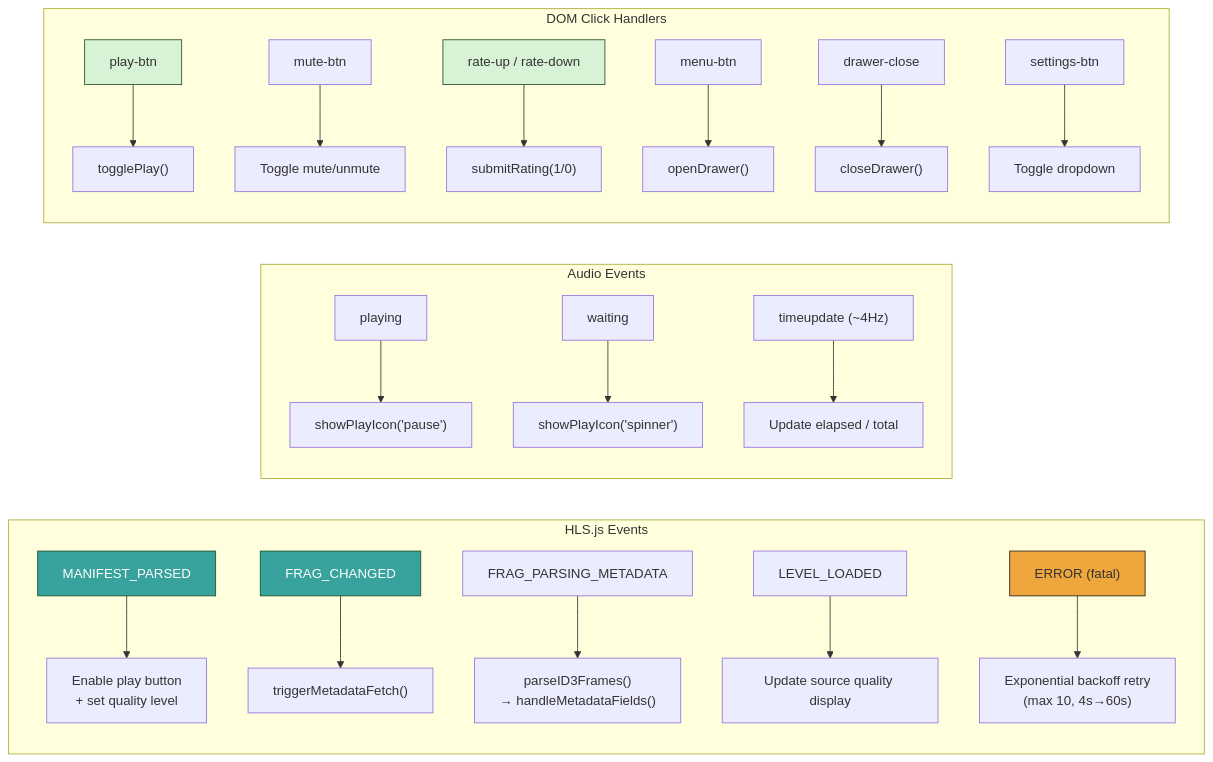
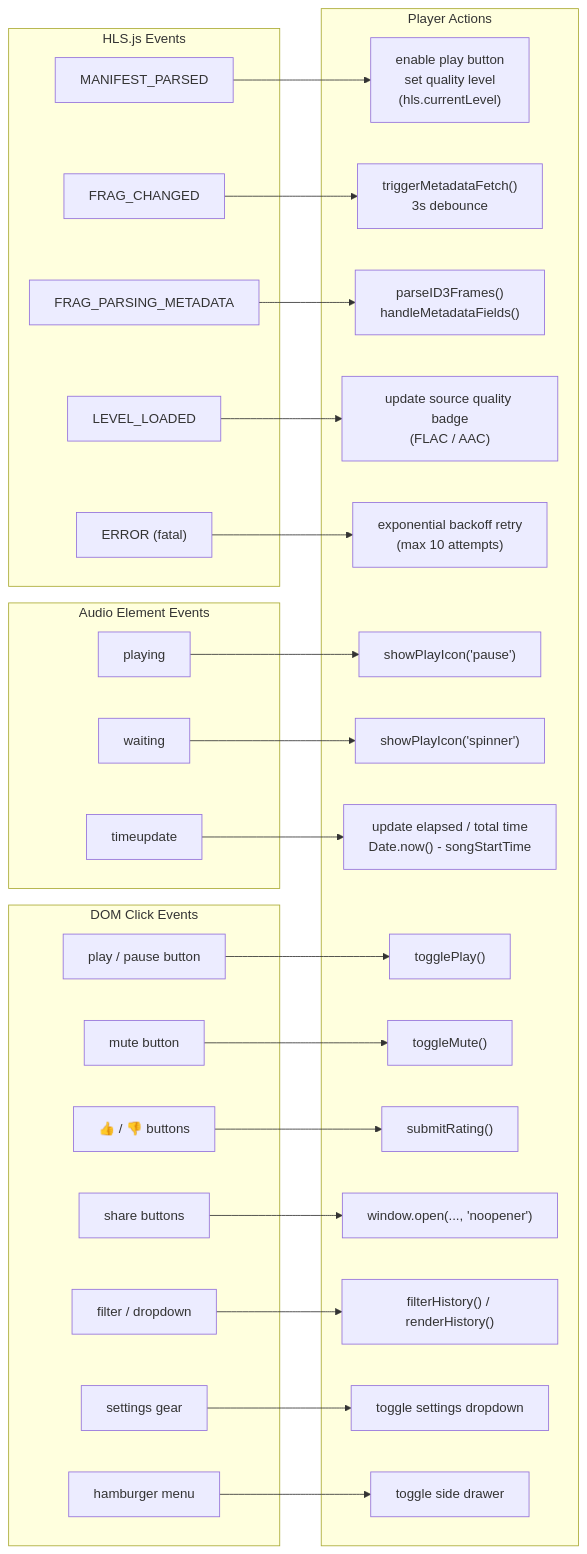
One commit to mgmarques/radiocalico changed the fifth of 8 diagrams in docs/architecture.md. Above: the diagram before and after it, drawn with Mermaid. The commit also changed other lines of this file and 15 other files, not shown here.

First line of the commit message:
Update architecture diagrams, README, and CLAUDE.md for 10-agent milestone (#10)

````diff
--- a/docs/architecture.md
+++ b/docs/architecture.md
@@ -207,31 +229,62 @@
 ```mermaid
 graph LR
-    subgraph "HLS.js Events"
-        MP["MANIFEST_PARSED"] --> EnablePlay["Enable play button<br/>+ set quality level"]
-        FC["FRAG_CHANGED"] --> TMF["triggerMetadataFetch()"]
-        FPM["FRAG_PARSING_METADATA"] --> ID3["parseID3Frames()<br/>→ handleMetadataFields()"]
-        LL["LEVEL_LOADED"] --> SrcQ["Update source quality display"]
-        ERR["ERROR (fatal)"] --> Retry["Exponential backoff retry<br/>(max 10, 4s→60s)"]
+    subgraph HLSEvents["HLS.js Events"]
+        MP["MANIFEST_PARSED"]
+        FC["FRAG_CHANGED"]
+        FPM["FRAG_PARSING_METADATA"]
+        LL["LEVEL_LOADED"]
+        ERR["ERROR (fatal)"]
     end
 
-    subgraph "Audio Events"
-        Playing["playing"] --> PauseIcon["showPlayIcon('pause')"]
-        Waiting["waiting"] --> SpinIcon["showPlayIcon('spinner')"]
-        TimeUp["timeupdate (~4Hz)"] --> BarTime["Update elapsed / total"]
+    subgraph AudioEvents["Audio Element Events"]
+        Playing["playing"]
+        Waiting["waiting"]
+        TU["timeupdate"]
     end
 
-    subgraph "DOM Click Handlers"
-        PlayBtn["play-btn"] --> Toggle["togglePlay()"]
-        MuteBtn["mute-btn"] --> Mute["Toggle mute/unmute"]
-        RateBtn["rate-up / rate-down"] --> Submit["submitRating(1/0)"]
-        MenuBtn["menu-btn"] --> Open["openDrawer()"]
-        CloseBtn["drawer-close"] --> Close["closeDrawer()"]
-        SettingsBtn["settings-btn"] --> Drop["Toggle dropdown"]
+    subgraph DOMEvents["DOM Click Events"]
+        Play["play / pause button"]
+        Mute["mute button"]
+        Rate["👍 / 👎 buttons"]
+        Share["share buttons"]
+        Filter["filter / dropdown"]
+        Settings["settings gear"]
+        Drawer["hamburger menu"]
     end
 
-    style MP fill:#38A29D,stroke:#1F4E23,color:#FFF
-    style FC fill:#38A29D,stroke:#1F4E23,color:#FFF
-    style ERR fill:#EFA63C,stroke:#231F20
-    style PlayBtn fill:#D8F2D5,stroke:#1F4E23
-    style RateBtn fill:#D8F2D5,stroke:#1F4E23
+    subgraph Actions["Player Actions"]
+        EnablePlay["enable play button\nset quality level\n(hls.currentLevel)"]
+        TriggerMeta["triggerMetadataFetch()\n3s debounce"]
+        ParseID3["parseID3Frames()\nhandleMetadataFields()"]
+        UpdateQualityBadge["update source quality badge\n(FLAC / AAC)"]
+        ExponentialRetry["exponential backoff retry\n(max 10 attempts)"]
+        ShowPause["showPlayIcon('pause')"]
+        ShowSpinner["showPlayIcon('spinner')"]
+        UpdateElapsed["update elapsed / total time\nDate.now() - songStartTime"]
+        TogglePlay["togglePlay()"]
+        ToggleMute["toggleMute()"]
+        SubmitRatingAction["submitRating()"]
+        OpenShare["window.open(..., 'noopener')"]
+        FilterHistory["filterHistory() / renderHistory()"]
+        OpenSettings["toggle settings dropdown"]
+        OpenDrawer["toggle side drawer"]
+    end
+
+    MP --> EnablePlay
+    FC --> TriggerMeta
+    FPM --> ParseID3
+    LL --> UpdateQualityBadge
+    ERR --> ExponentialRetry
+
+    Playing --> ShowPause
+    Waiting --> ShowSpinner
+    TU --> UpdateElapsed
+
+    Play --> TogglePlay
+    Mute --> ToggleMute
+    Rate --> SubmitRatingAction
+    Share --> OpenShare
+    Filter --> FilterHistory
+    Settings --> OpenSettings
+    Drawer --> OpenDrawer
 ```
````
